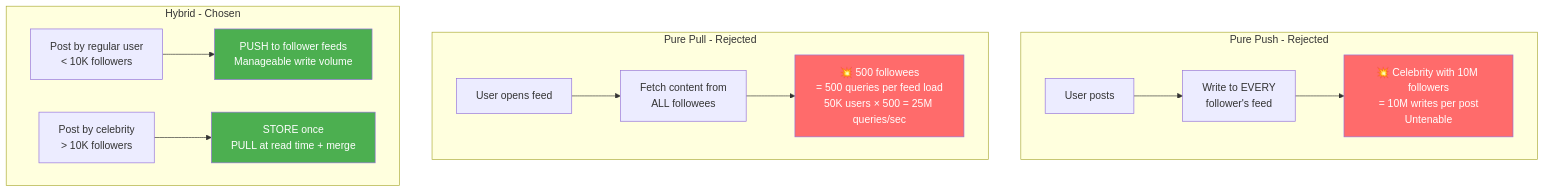
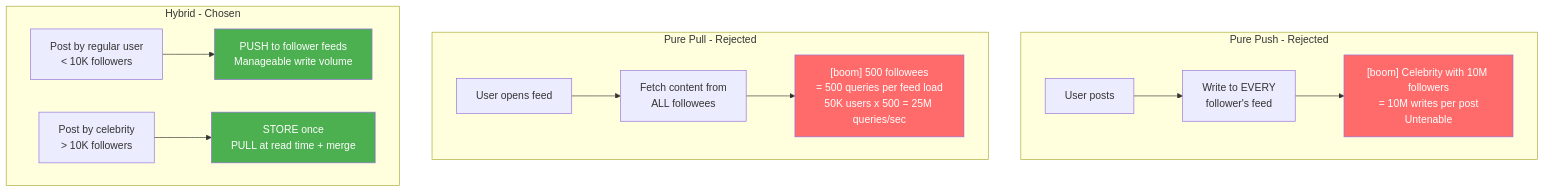
One commit to ranjeetnegi/System-Design-for-Staff-SWE changed the second of 4 diagrams in Section2/Chapter_19_End_to_End_5_Phase_Framework.md. Above: the diagram before and after it, drawn with Mermaid. The commit also changed other lines of this file and 20 other files, not shown here.

````diff
--- a/Section2/Chapter_19_End_to_End_5_Phase_Framework.md
+++ b/Section2/Chapter_19_End_to_End_5_Phase_Framework.md
@@ -79,19 +79,19 @@
 ```mermaid
 flowchart TD
     subgraph Pure Push - Rejected
         P1["User posts"] --> P2["Write to EVERY\nfollower's feed"]
-        P2 --> P3["💥 Celebrity with 10M followers\n= 10M writes per post\nUntenable"]
+        P2 --> P3["[boom] Celebrity with 10M followers\n= 10M writes per post\nUntenable"]
     end
     subgraph Pure Pull - Rejected
         Q1["User opens feed"] --> Q2["Fetch content from\nALL followees"]
-        Q2 --> Q3["💥 500 followees\n= 500 queries per feed load\n50K users × 500 = 25M queries/sec"]
+        Q2 --> Q3["[boom] 500 followees\n= 500 queries per feed load\n50K users x 500 = 25M queries/sec"]
     end
     subgraph Hybrid - Chosen
         R1["Post by regular user\n< 10K followers"] --> R2["PUSH to follower feeds\nManageable write volume"]
         R3["Post by celebrity\n> 10K followers"] --> R4["STORE once\nPULL at read time + merge"]
     end
     style P3 fill:#ff6b6b,color:#fff
     style Q3 fill:#ff6b6b,color:#fff
     style R2 fill:#4CAF50,color:#fff
     style R4 fill:#4CAF50,color:#fff
 ```
````
